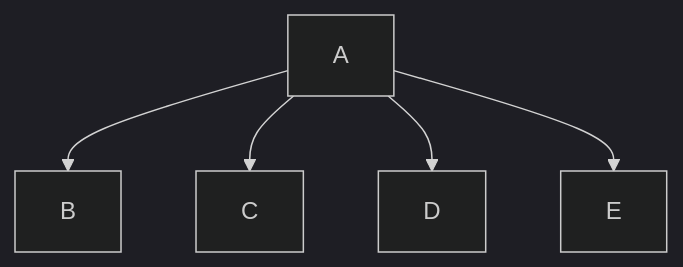
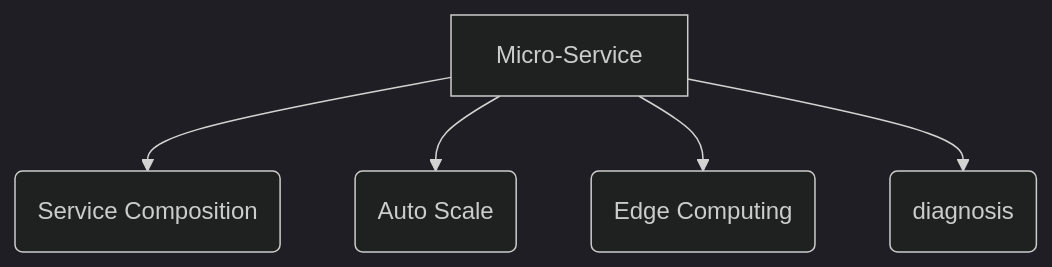
Before and after one commit to GuodongFan/GuodongFan.github.io: the diagram in _posts/2019-08-20-Plan.md, drawn with Mermaid (dark theme). The commit also changed 1 other file, not shown here.

````diff
--- a/_posts/2019-08-20-Plan.md
+++ b/_posts/2019-08-20-Plan.md
@@ -8,8 +8,8 @@
 ```mermaid
 graph TD; 
 
-A --> B;
-A --> C;
-A --> D;
-A --> E;
+A[Micro-Service] --> B(Service Composition)
+A --> C(Auto Scale)
+A --> D(Edge Computing)
+A --> E(diagnosis)
 ```
````
